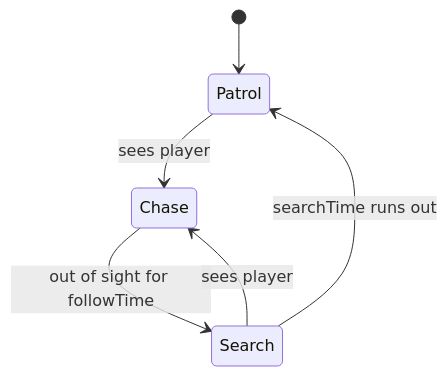
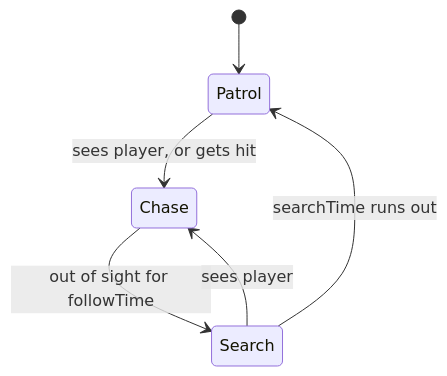
Before and after one commit to Chidra20/gyarte: the diagram in Obsidian/Systems/Slime Enemy.md, drawn with Mermaid. The commit also changed other lines of this file and 17 other files, not shown here.

````diff
--- a/Obsidian/Systems/Slime Enemy.md
+++ b/Obsidian/Systems/Slime Enemy.md
@@ -11,8 +11,8 @@
 ```mermaid
 stateDiagram-v2
     [*] --> Patrol
-    Patrol --> Chase: sees player
+    Patrol --> Chase: sees player, or gets hit
     Chase --> Search: out of sight for followTime
     Search --> Chase: sees player
     Search --> Patrol: searchTime runs out
 ```
````
